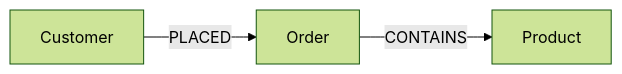
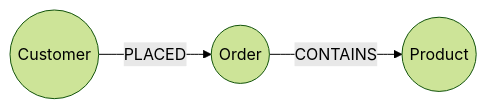
One commit to neo4j-graphacademy/courses changed the first of 2 diagrams in asciidoc/courses/workshop-importing/modules/2-data-modeling/lessons/3-nodes-labels/lesson.adoc. Above: the diagram before and after it, drawn with Mermaid (forest theme). The commit also changed other lines of this file and 15 other files, not shown here.

````diff
--- a/asciidoc/courses/workshop-importing/modules/2-data-modeling/lessons/3-nodes-labels/lesson.adoc
+++ b/asciidoc/courses/workshop-importing/modules/2-data-modeling/lessons/3-nodes-labels/lesson.adoc
@@ -120,5 +120,5 @@
 ```mermaid
 graph LR
-    A[Customer] -->|PLACED| B[Order]
-    B -->|CONTAINS| C[Product]
+    A((Customer)) -->|PLACED| B((Order))
+    B -->|CONTAINS| C((Product))
 ```
````
